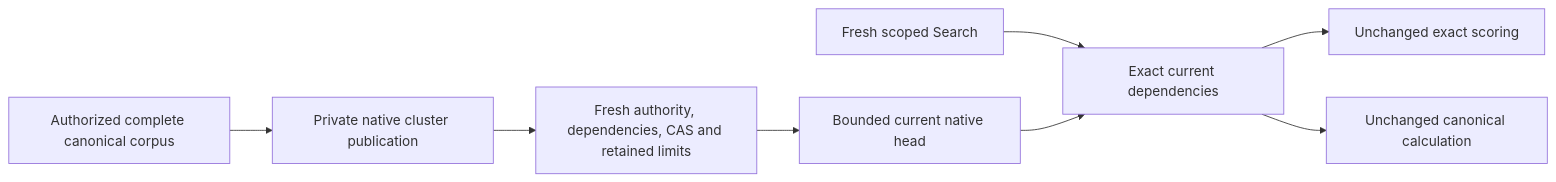
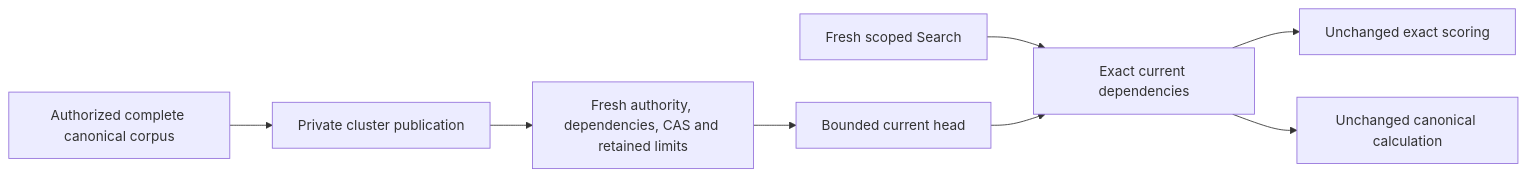
One commit to managedcode/KeyLoad changed the diagram in docs/ADR/ADR-127-persisted-bm25-corpus-statistics.md. Above: the diagram before and after it, drawn with Mermaid. The commit also changed other lines of this file and 9016 other files, not shown here.

````diff
--- a/docs/ADR/ADR-127-persisted-bm25-corpus-statistics.md
+++ b/docs/ADR/ADR-127-persisted-bm25-corpus-statistics.md
@@ -29,10 +29,10 @@
 ```mermaid
 flowchart LR
-    Canonical[Authorized complete canonical corpus] --> Private[Private native cluster publication]
+    Canonical[Authorized complete canonical corpus] --> Private[Private cluster publication]
     Private --> Validate[Fresh authority, dependencies, CAS and retained limits]
-    Validate --> Head[Bounded current native head]
+    Validate --> Head[Bounded current head]
     Search[Fresh scoped Search] --> Match[Exact current dependencies]
     Head --> Match
     Match --> Scores[Unchanged exact scoring]
     Match --> Recalculate[Unchanged canonical calculation]
 ```
````
